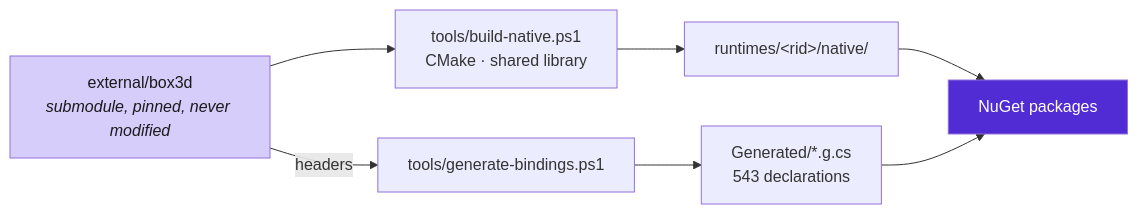
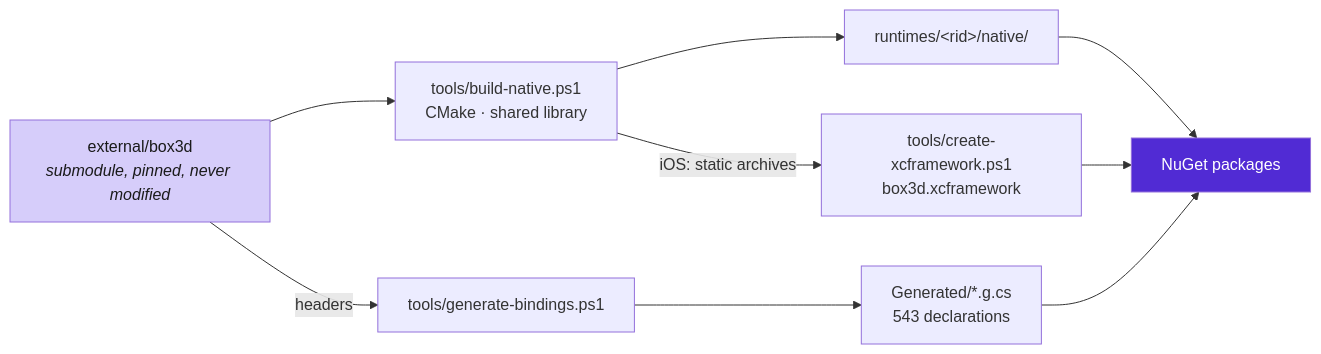
One commit to Miguel249/Box3D.NET changed the diagram in docs/architecture.md. Above: the diagram before and after it, drawn with Mermaid. The commit also changed other lines of this file and 16 other files, not shown here.

````diff
--- a/docs/architecture.md
+++ b/docs/architecture.md
@@ -13,15 +13,17 @@
 ```mermaid
 flowchart LR
     sub["external/box3d<br/><i>submodule, pinned, never modified</i>"]
     script["tools/build-native.ps1<br/>CMake · shared library"]
     runtimes["runtimes/&lt;rid&gt;/native/"]
+    xcframework["tools/create-xcframework.ps1<br/>box3d.xcframework"]
     gen["tools/generate-bindings.ps1"]
     generated["Generated/*.g.cs<br/>543 declarations"]
     pkg["NuGet packages"]
 
     sub --> script --> runtimes --> pkg
+    script -->|"iOS: static archives"| xcframework --> pkg
     sub -->|"headers"| gen --> generated --> pkg
 
     style sub fill:#d6cdfa,color:#1a1a1a
     style pkg fill:#512BD4,color:#fff
 ```
````
